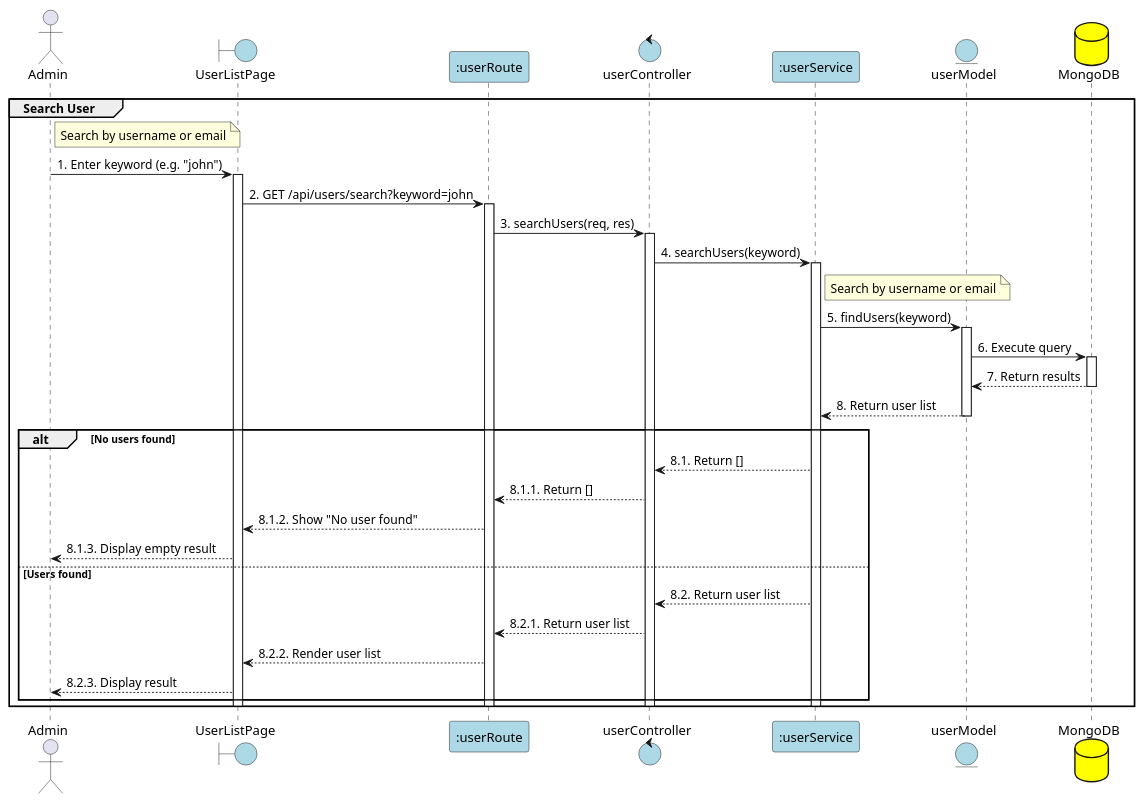
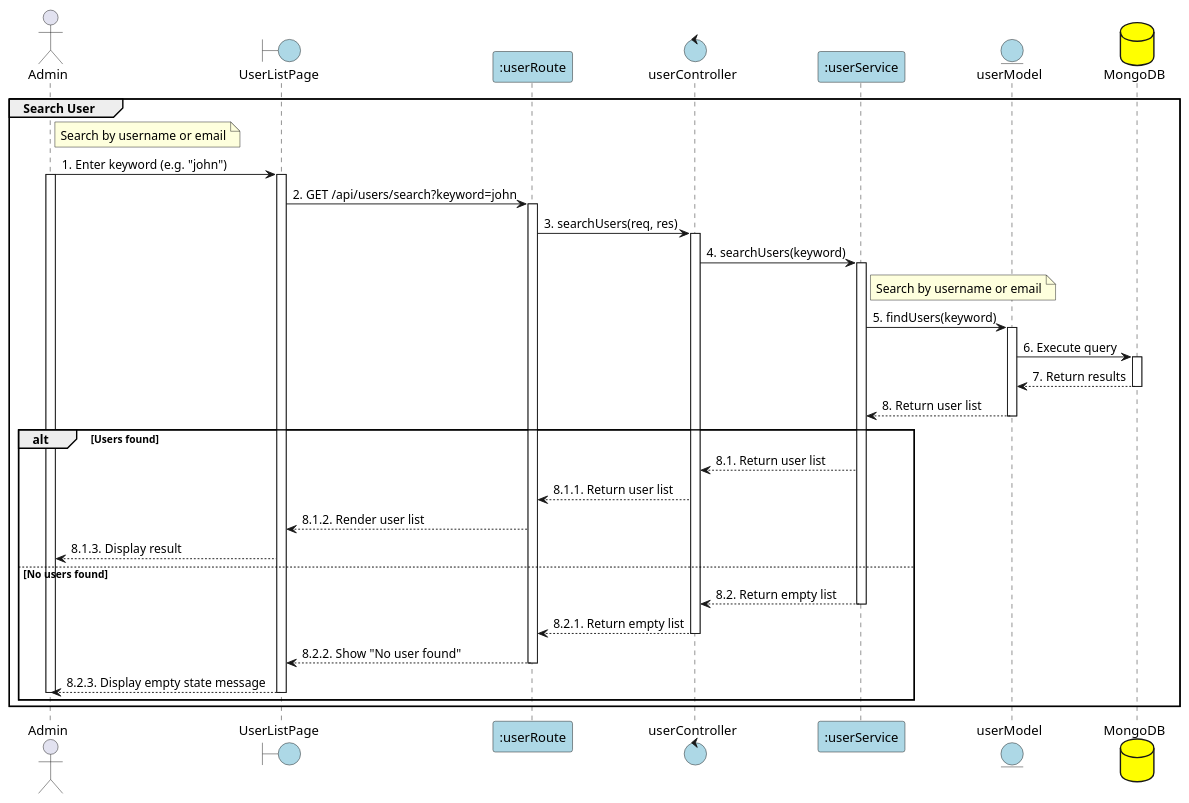
One commit to Aohkne/CaloCook changed the diagram in PlanUML/12_searchUser.puml. Above: the diagram before and after it, drawn with PlantUML. The commit also changed 4 other files, not shown here.

```diff
--- a/PlanUML/12_searchUser.puml
+++ b/PlanUML/12_searchUser.puml
@@ -1,56 +1,69 @@
 @startuml SearchUser
 
 actor Admin
 boundary "UserListPage" as View #lightblue
 participant ":userRoute" as Route #lightblue
 control "userController" as Controller #lightblue
 participant ":userService" as Service #lightblue
 entity "userModel" as Model #lightblue
 database "MongoDB" as MongoDB #yellow
 
 group Search User
 note right of Admin: Search by username or email
 Admin -> View: 1. Enter keyword (e.g. "john")
-
+activate Admin
 activate View
 
 View -> Route: 2. GET /api/users/search?keyword=john
 activate Route
 
 Route -> Controller: 3. searchUsers(req, res)
 activate Controller
 
 Controller -> Service: 4. searchUsers(keyword)
 activate Service
 
 note right of Service: Search by username or email
 
 Service -> Model: 5. findUsers(keyword)
 activate Model
 
 Model -> MongoDB: 6. Execute query
 activate MongoDB
 MongoDB --> Model: 7. Return results
 deactivate MongoDB
 
 Model --> Service: 8. Return user list
 deactivate Model
 
-alt No users found
-    Service --> Controller: 8.1. Return []
-    Controller --> Route: 8.1.1. Return []
-    Route --> View: 8.1.2. Show "No user found"
-    View --> Admin: 8.1.3. Display empty result
-else Users found
-    Service --> Controller: 8.2. Return user list
-    Controller --> Route: 8.2.1. Return user list
-    Route --> View: 8.2.2. Render user list
-    View --> Admin: 8.2.3. Display result
+alt Users found
+
+    Service --> Controller: 8.1. Return user list
+    
+
+    Controller --> Route: 8.1.1. Return user list
+    
+
+    Route --> View: 8.1.2. Render user list
+    
+    
+    View --> Admin: 8.1.3. Display result
+    
+else No users found
+
+    Service --> Controller: 8.2. Return empty list
+    deactivate Service
+
+    Controller --> Route: 8.2.1. Return empty list
+    deactivate Controller
+
+    Route --> View: 8.2.2. Show "No user found"
+    deactivate Route
+
+    View --> Admin: 8.2.3. Display empty state message
+    deactivate View
+    deactivate Admin
 end
 
-deactivate Service
-deactivate Controller
-deactivate Route
-deactivate View
 end
 @enduml
```
